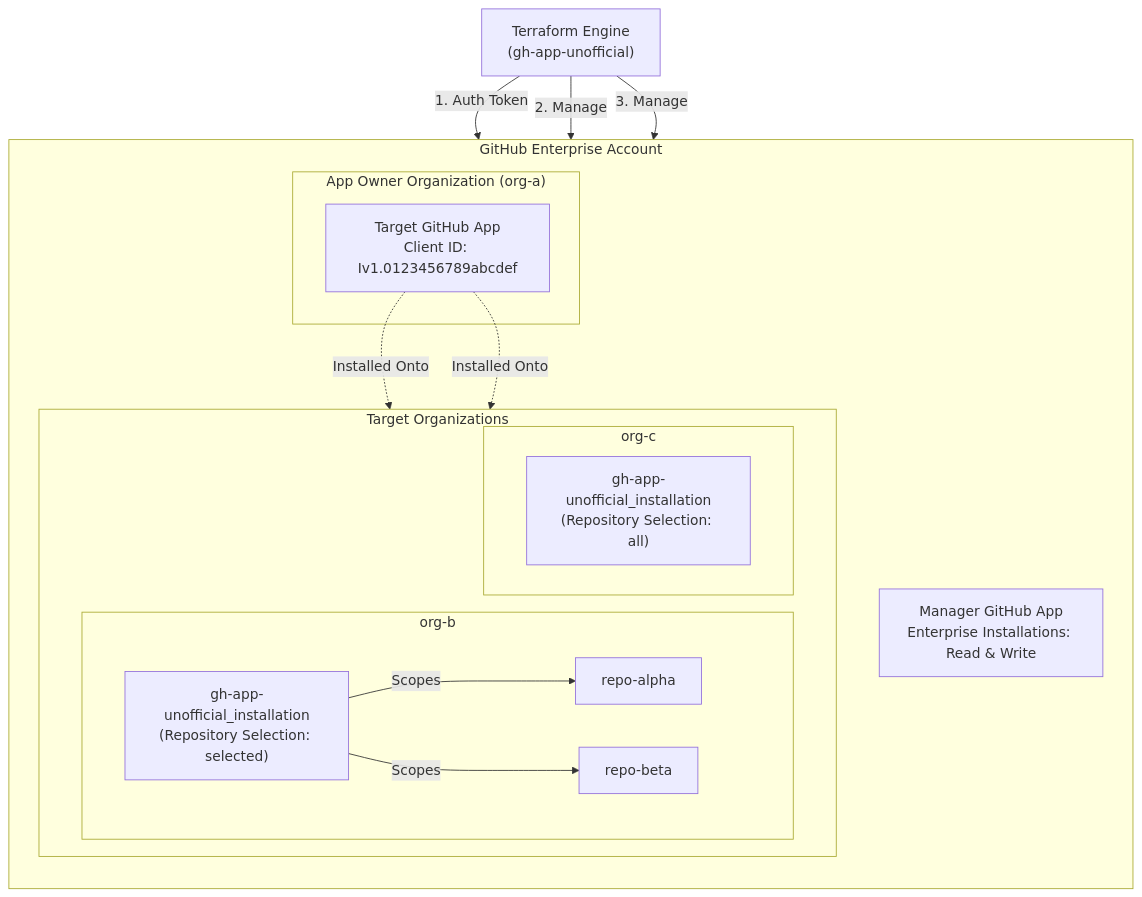
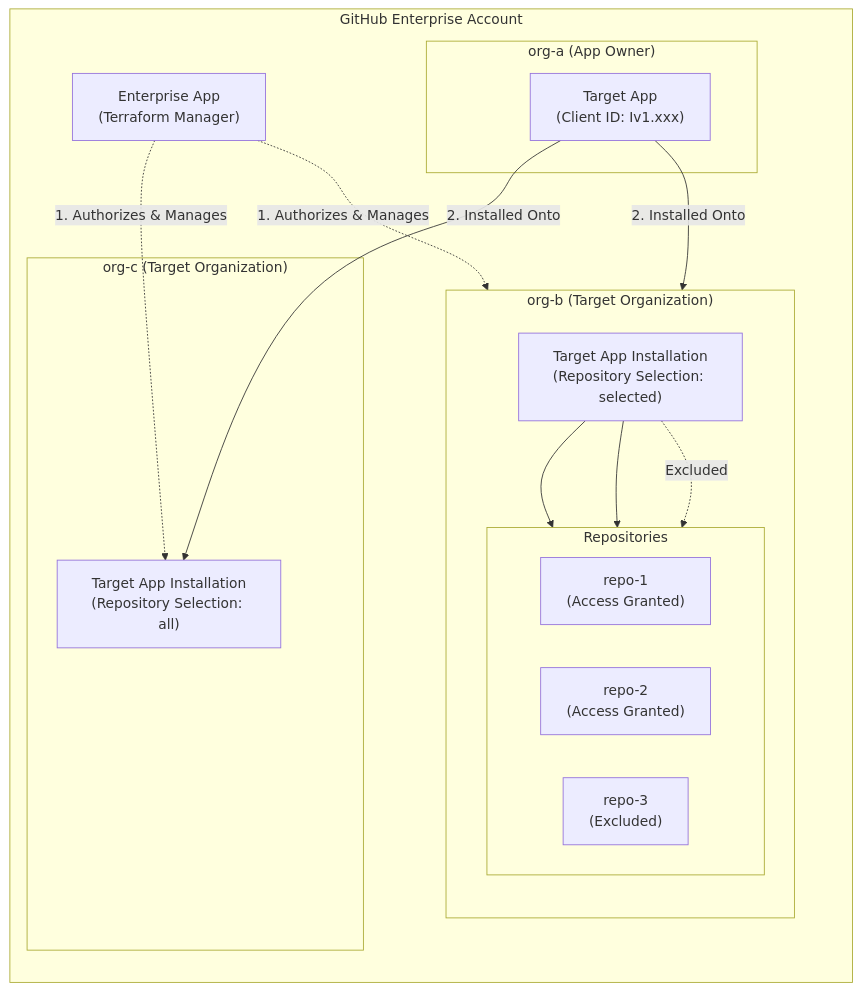
The diagram in README.md (google/terraform-provider-gh-app-unofficial), drawn with Mermaid before and after one commit. The commit also changed other lines of this file and 1 other file, not shown here.

Commit message:
docs: provider motivation

````diff
--- a/README.md
+++ b/README.md
@@ -18,32 +36,38 @@
 ```mermaid
-graph TD
-    subgraph GHE ["GitHub Enterprise Account"]
+flowchart TD
+    subgraph Enterprise ["GitHub Enterprise Account"]
         direction TB
-        MANAGER["Manager GitHub App<br/>Enterprise Installations: Read & Write"]
-        
-        subgraph ORG_A ["App Owner Organization (org-a)"]
-            TARGET_APP["Target GitHub App<br/>Client ID: Iv1.0123456789abcdef"]
+
+        ENT_APP["Enterprise App<br/>(Terraform Manager)"]
+
+        subgraph ORG_A ["org-a (App Owner)"]
+            TARGET_APP["Target App<br/>(Client ID: Iv1.xxx)"]
         end
 
-        subgraph ORGS ["Target Organizations"]
-            direction LR
-            subgraph ORG_B ["org-b"]
-                INST_B["gh-app-unofficial_installation<br/>(Repository Selection: selected)"]
-                R1["repo-alpha"]
-                R2["repo-beta"]
-                INST_B -->|Scopes| R1
-                INST_B -->|Scopes| R2
+        subgraph ORG_B ["org-b (Target Organization)"]
+            direction TB
+            INST_B["Target App Installation<br/>(Repository Selection: selected)"]
+            
+            subgraph Repos ["Repositories"]
+                direction LR
+                R1["repo-1<br/>(Access Granted)"]
+                R2["repo-2<br/>(Access Granted)"]
+                R3["repo-3<br/>(Excluded)"]
             end
 
-            subgraph ORG_C ["org-c"]
-                INST_C["gh-app-unofficial_installation<br/>(Repository Selection: all)"]
-            end
+            INST_B --> R1
+            INST_B --> R2
+            INST_B -.->|Excluded| R3
         end
+
+        subgraph ORG_C ["org-c (Target Organization)"]
+            INST_C["Target App Installation<br/>(Repository Selection: all)"]
+        end
+
+        ENT_APP -.->|"1. Authorizes & Manages"| INST_B
+        ENT_APP -.->|"1. Authorizes & Manages"| INST_C
+
+        TARGET_APP -->|"2. Installed Onto"| INST_B
+        TARGET_APP -->|"2. Installed Onto"| INST_C
     end
-
-    TF["Terraform Engine<br/>(gh-app-unofficial)"] -->|"1. Auth Token"| MANAGER
-    TF -->|"2. Manage"| INST_B
-    TF -->|"3. Manage"| INST_C
-    TARGET_APP -.->|"Installed Onto"| INST_B
-    TARGET_APP -.->|"Installed Onto"| INST_C
 ```
````
